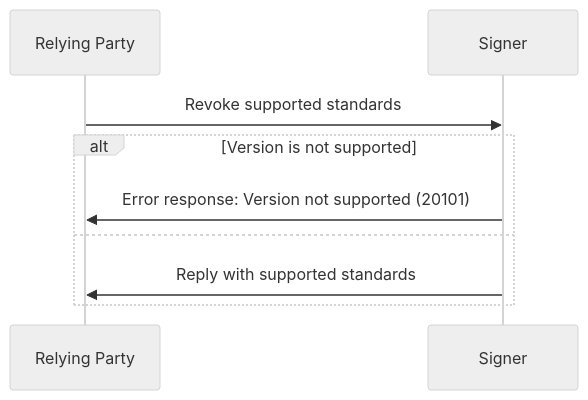
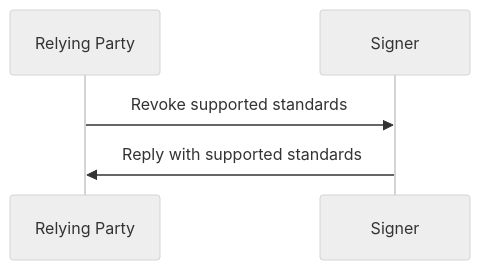
One commit to dfinity/wg-identity-authentication changed the fourth of 4 diagrams in topics/icrc_25_signer_interaction_standard.md. Above: the diagram before and after it, drawn with Mermaid (neutral theme). The commit also changed other lines of this file, not shown here.

First line of the commit message:
ICRC-25: Drop version and simplify errors

````diff
--- a/topics/icrc_25_signer_interaction_standard.md
+++ b/topics/icrc_25_signer_interaction_standard.md
@@ -439,12 +387,8 @@
 ```mermaid
 sequenceDiagram
     participant RP as Relying Party
     participant S as Signer
 
     RP ->> S: Revoke supported standards
-    alt Version is not supported
-        S ->> RP: Error response: Version not supported (20101)
-    else
-        S ->> RP: Reply with supported standards
-    end
+    S ->> RP: Reply with supported standards
 ```
````
